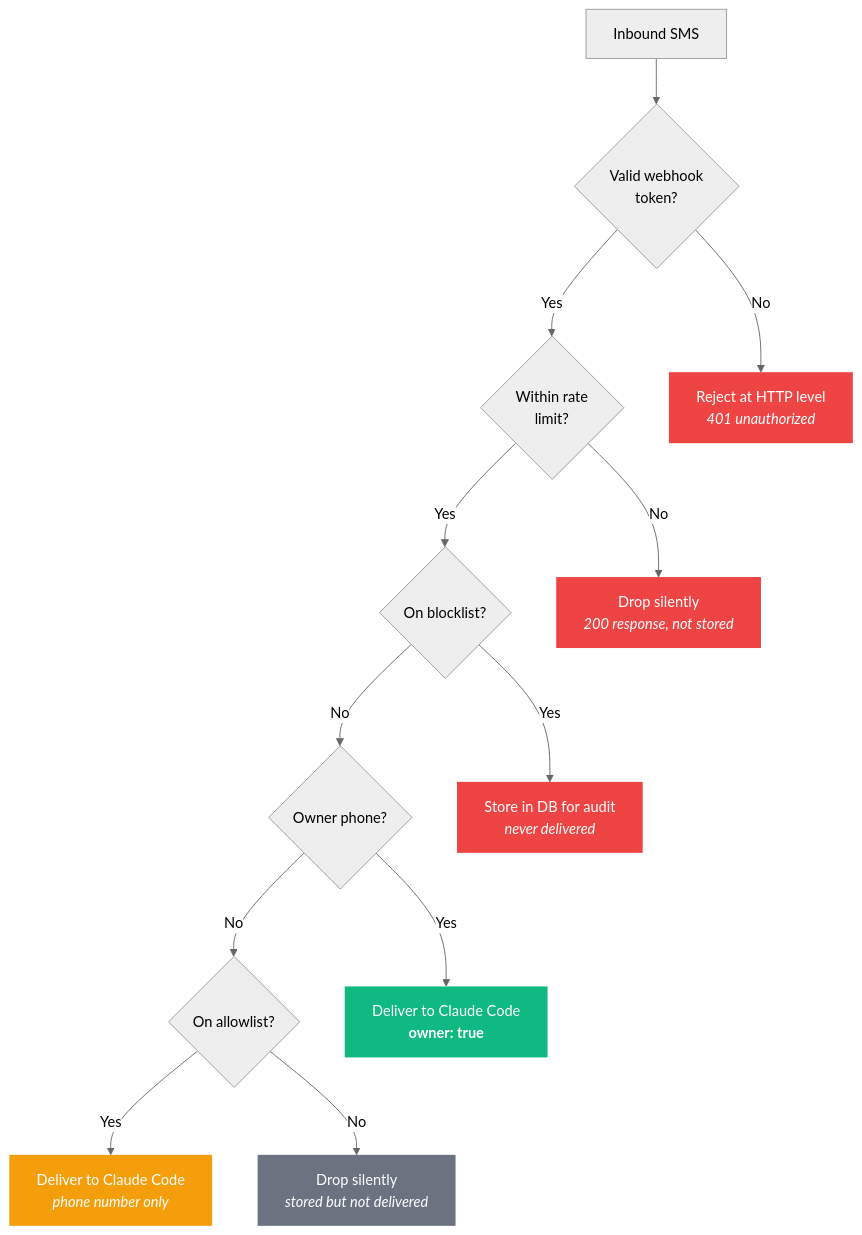
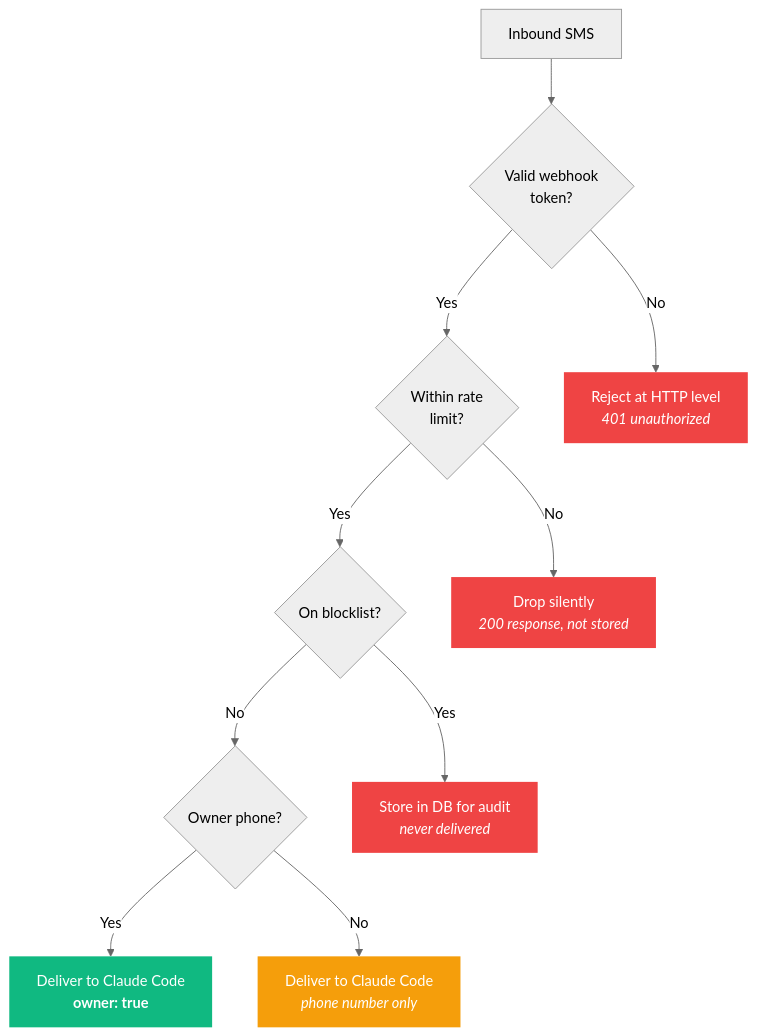
Before and after one commit to mattstein111/claude-code-sms: the second of 3 diagrams in README.md, drawn with Mermaid (neutral theme). The commit also changed other lines of this file and 8 other files, not shown here.

First line of the commit message:
Remove inbound allowlist; always allow outbound sends

````diff
--- a/README.md
+++ b/README.md
@@ -72,34 +72,29 @@
 ```mermaid
 flowchart TD
     Inbound["Inbound SMS"]
     TokenCheck{"Valid webhook\ntoken?"}
     RateCheck{"Within rate\nlimit?"}
     BlockCheck{"On blocklist?"}
     OwnerCheck{"Owner phone?"}
-    AllowCheck{"On allowlist?"}
     Reject["Reject at HTTP level\n<i>401 unauthorized</i>"]
     RateDrop["Drop silently\n<i>200 response, not stored</i>"]
     Block["Store in DB for audit\n<i>never delivered</i>"]
     Owner["Deliver to Claude Code\n<b>owner: true</b>"]
     Untrusted["Deliver to Claude Code\n<i>phone number only</i>"]
-    Unknown["Drop silently\n<i>stored but not delivered</i>"]
 
     Inbound --> TokenCheck
     TokenCheck -- "No" --> Reject
     TokenCheck -- "Yes" --> RateCheck
     RateCheck -- "No" --> RateDrop
     RateCheck -- "Yes" --> BlockCheck
     BlockCheck -- "Yes" --> Block
     BlockCheck -- "No" --> OwnerCheck
     OwnerCheck -- "Yes" --> Owner
-    OwnerCheck -- "No" --> AllowCheck
-    AllowCheck -- "Yes" --> Untrusted
-    AllowCheck -- "No" --> Unknown
+    OwnerCheck -- "No" --> Untrusted
 
     style Reject fill:#EF4444,color:#fff,stroke:none
     style RateDrop fill:#EF4444,color:#fff,stroke:none
     style Block fill:#EF4444,color:#fff,stroke:none
-    style Unknown fill:#6B7280,color:#fff,stroke:none
     style Owner fill:#10B981,color:#fff,stroke:none
     style Untrusted fill:#F59E0B,color:#fff,stroke:none
 ```
````
